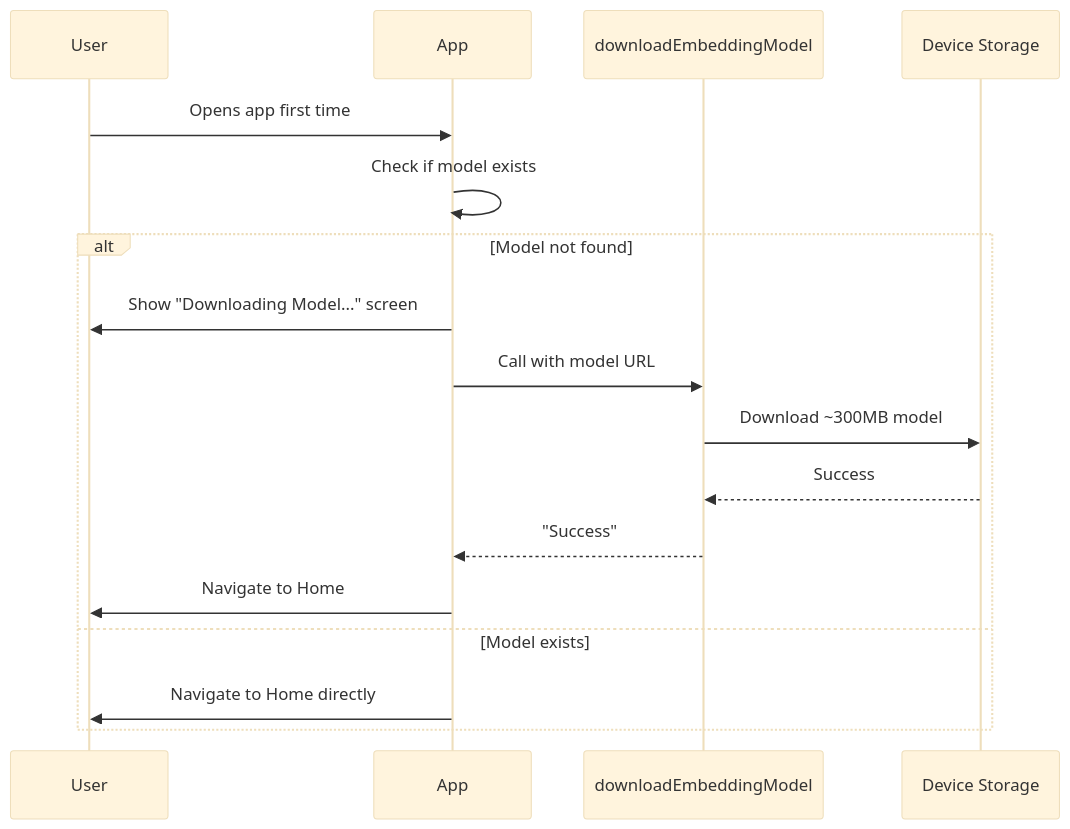
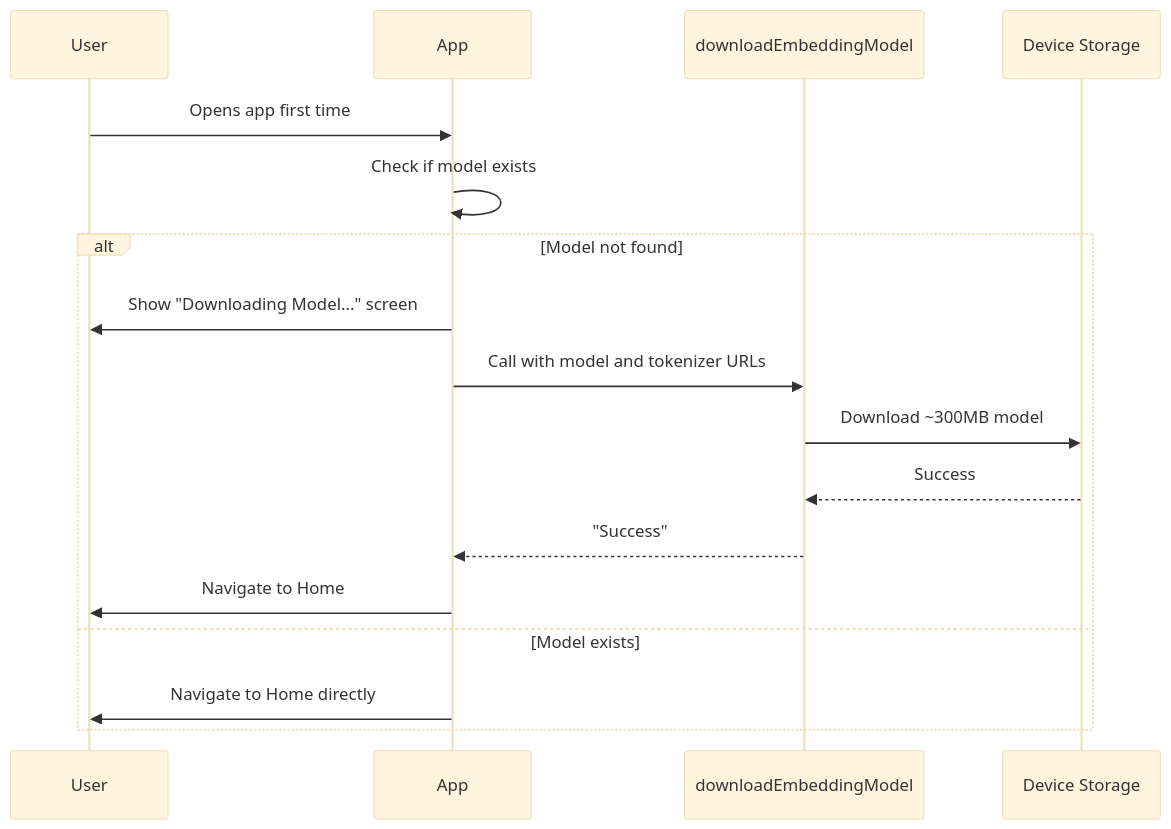
Before and after one commit to sgardoll/embeddingGemmaFlutterFlow: the second of 4 diagrams in README.md, drawn with Mermaid (base theme). The commit also changed other lines of this file, not shown here.

````diff
--- a/README.md
+++ b/README.md
@@ -260,20 +294,20 @@
 ```mermaid
 sequenceDiagram
     participant User
     participant App
     participant downloadEmbeddingModel
     participant Device Storage
 
     User->>App: Opens app first time
     App->>App: Check if model exists
     alt Model not found
         App->>User: Show "Downloading Model..." screen
-        App->>downloadEmbeddingModel: Call with model URL
+        App->>downloadEmbeddingModel: Call with model and tokenizer URLs
         downloadEmbeddingModel->>Device Storage: Download ~300MB model
         Device Storage-->>downloadEmbeddingModel: Success
         downloadEmbeddingModel-->>App: "Success"
         App->>User: Navigate to Home
     else Model exists
         App->>User: Navigate to Home directly
     end
 ```
````
